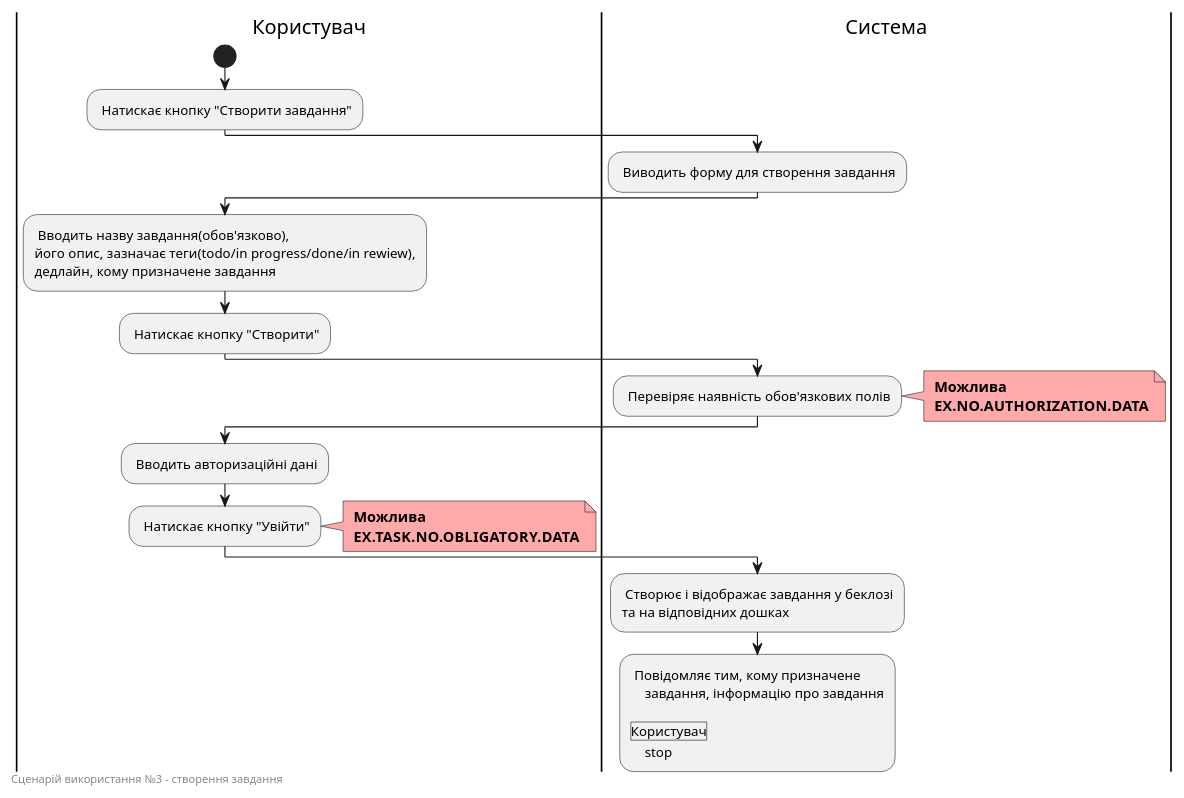
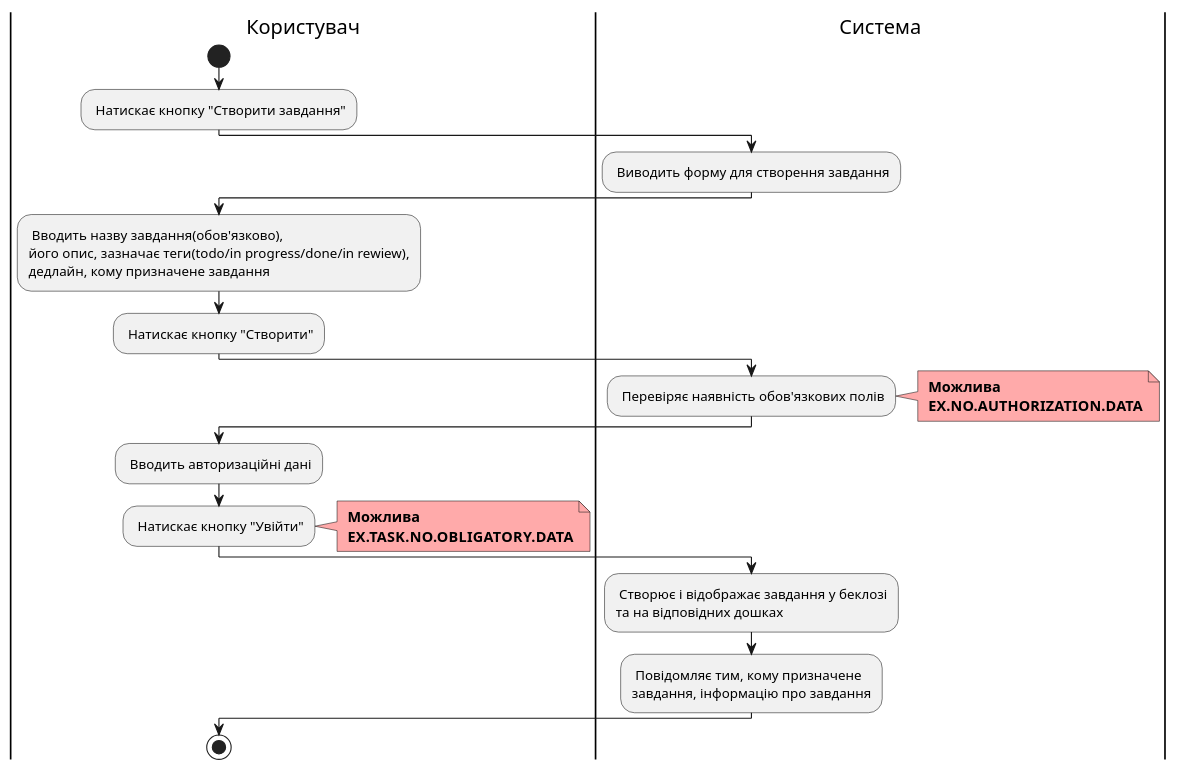
The eighth of 9 diagrams in docs/use cases/README.md (edu-db/edu_db_labs), drawn with PlantUML before and after one commit. The commit also changed other lines of this file and 1 other file, not shown here.

Commit message:
edit stakeholders-needs and use-case diagrams

```diff
--- a/docs/use cases/README.md
+++ b/docs/use cases/README.md
@@ -332,44 +353,40 @@
 @startuml
 
     |Користувач|
         start
         : Натискає кнопку "Створити завдання";
 
     |Система|
         : Виводить форму для створення завдання;
 
     |Користувач|
         : Вводить назву завдання(обов'язково),
         його опис, зазначає теги(todo/in progress/done/in rewiew),
         дедлайн, кому призначене завдання;
         : Натискає кнопку "Створити";
 
     |Система|
         : Перевіряє наявність обов'язкових полів;
         note right #ffaaaa
         <b> Можлива
         <b> EX.NO.AUTHORIZATION.DATA
         end note
 
     |Користувач|
         : Вводить авторизаційні дані;
         : Натискає кнопку "Увійти";
         note right #ffaaaa
         <b> Можлива
         <b> EX.TASK.NO.OBLIGATORY.DATA
         end note
         
     |Система|
         : Створює і відображає завдання у беклозі 
         та на відповідних дошках;
         : Повідомляє тим, кому призначене 
-        завдання, інформацію про завдання
-        
+        завдання, інформацію про завдання;
+
     |Користувач|
         stop;
 
-    left footer
-        Сценарій використання №3 - створення завдання
-    end footer
-
 @enduml
```
